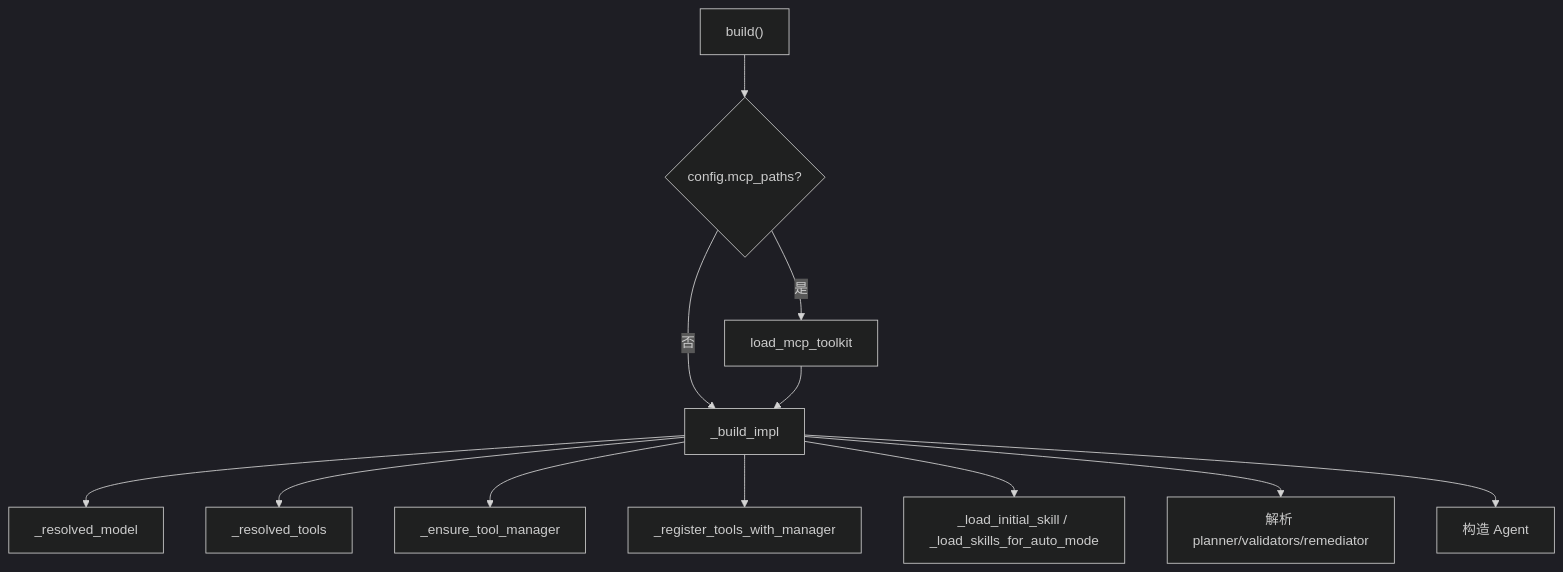
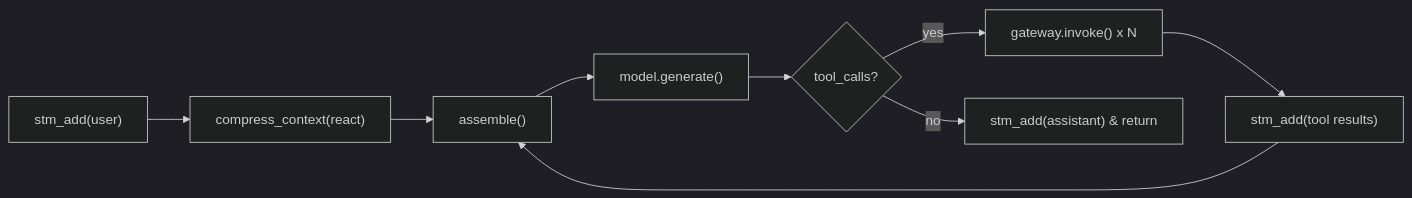
One commit to clowder-labs/Deterministic-Agent-Runtime-Engine changed the third of 13 diagrams in docs/DARE_FRAMEWORK_DESIGN.md. Above: the diagram before and after it, drawn with Mermaid (dark theme). The commit also changed other lines of this file, not shown here.

````diff
--- a/docs/DARE_FRAMEWORK_DESIGN.md
+++ b/docs/DARE_FRAMEWORK_DESIGN.md
@@ -937,14 +132,11 @@
 ```mermaid
-flowchart TD
-    A["build()"] --> B{"config.mcp_paths?"}
-    B -->|是| C["load_mcp_toolkit"]
-    B -->|否| D["_build_impl"]
-    C --> D
-    D --> E["_resolved_model"]
-    D --> F["_resolved_tools"]
-    D --> G["_ensure_tool_manager"]
-    D --> H["_register_tools_with_manager"]
-    D --> I["_load_initial_skill / _load_skills_for_auto_mode"]
-    D --> J["解析 planner/validators/remediator"]
-    D --> K["构造 Agent"]
+flowchart LR
+  A["stm_add(user)"] --> B["compress_context(react)"]
+  B --> C["assemble()"]
+  C --> D["model.generate()"]
+  D --> E{"tool_calls?"}
+  E -->|yes| F["gateway.invoke() x N"]
+  F --> G["stm_add(tool results)"]
+  G --> C
+  E -->|no| H["stm_add(assistant) & return"]
 ```
````
